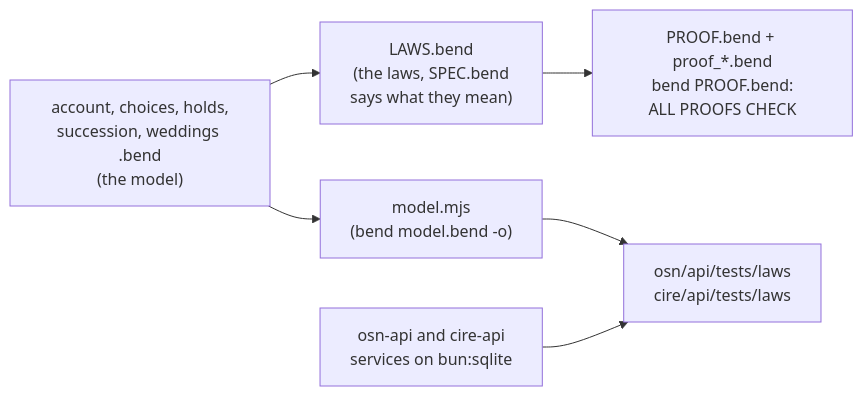
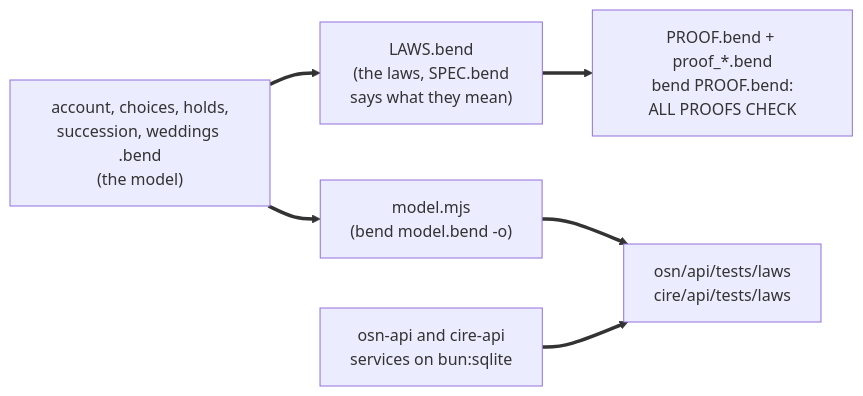
The diagram in wiki/osn/account-deletion-laws.md (englishstreetventures/osn), drawn with Mermaid before and after one commit. The commit also changed other lines of this file, not shown here.

Commit message:
Docs: thick arrows in the deletion-laws diagram, one sentence reworded
Part of #2554

Claude-Session: https://claude.ai/code/session_01QaEqMDBivkGKganuS2myit

````diff
--- a/wiki/osn/account-deletion-laws.md
+++ b/wiki/osn/account-deletion-laws.md
@@ -22,8 +22,8 @@
 ```mermaid
 flowchart LR
-  M["account, choices, holds,<br/>succession, weddings .bend<br/>(the model)"] --> L["LAWS.bend<br/>(the laws, SPEC.bend<br/>says what they mean)"]
-  L --> P["PROOF.bend + proof_*.bend<br/>bend PROOF.bend:<br/>ALL PROOFS CHECK"]
-  M --> J["model.mjs<br/>(bend model.bend -o)"]
-  J --> T["osn/api/tests/laws<br/>cire/api/tests/laws"]
-  C["osn-api and cire-api<br/>services on bun:sqlite"] --> T
+  M["account, choices, holds,<br/>succession, weddings .bend<br/>(the model)"] ==> L["LAWS.bend<br/>(the laws, SPEC.bend<br/>says what they mean)"]
+  L ==> P["PROOF.bend + proof_*.bend<br/>bend PROOF.bend:<br/>ALL PROOFS CHECK"]
+  M ==> J["model.mjs<br/>(bend model.bend -o)"]
+  J ==> T["osn/api/tests/laws<br/>cire/api/tests/laws"]
+  C["osn-api and cire-api<br/>services on bun:sqlite"] ==> T
 ```
````
